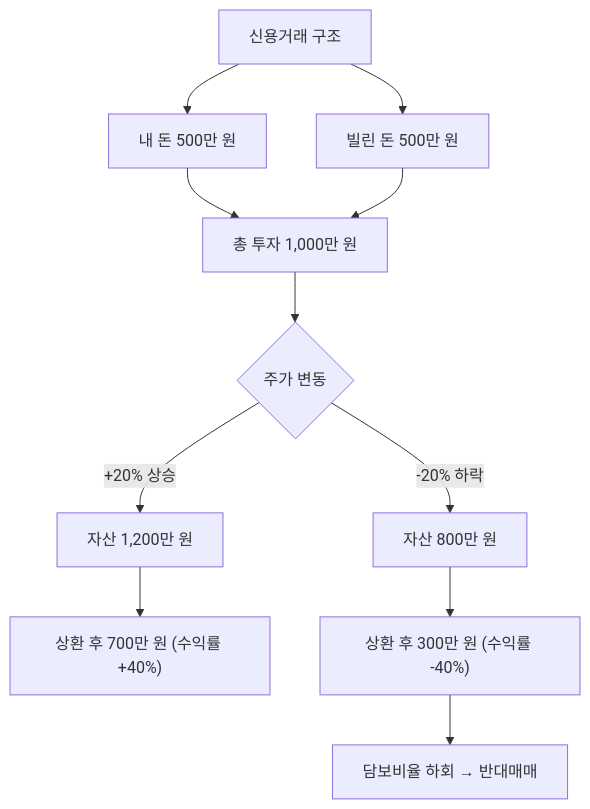
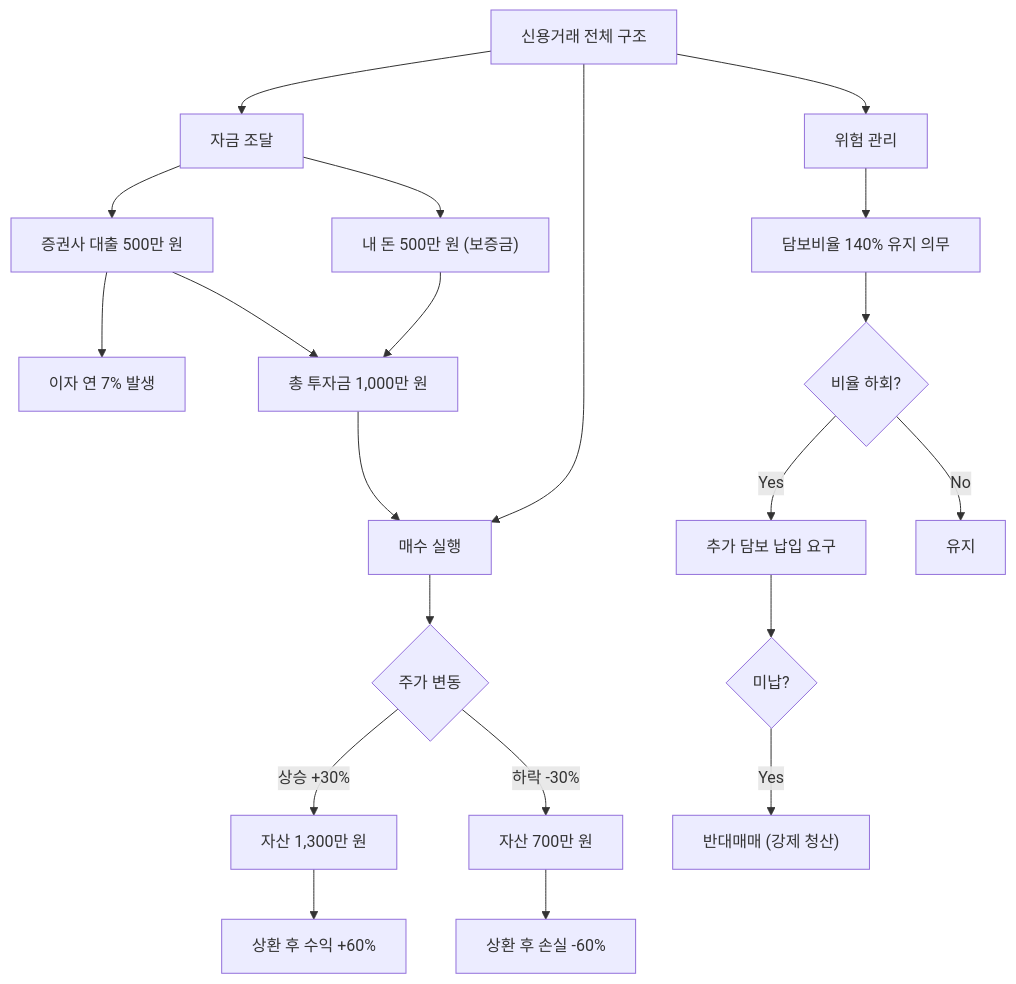
One commit to yeongseon/stock-visual-note changed the diagram in content/stock-terms/ko/level-02-market-trading/margin-trading.md. Above: the diagram before and after it, drawn with Mermaid. The commit also changed other lines of this file, not shown here.

Commit message:
content: rewrite margin-trading.md — 반대매매 시나리오 상세화, 담보비율 추적 예시, 이자 비용 구체화

````diff
--- a/content/stock-terms/ko/level-02-market-trading/margin-trading.md
+++ b/content/stock-terms/ko/level-02-market-trading/margin-trading.md
@@ -54,14 +57,23 @@
 ```mermaid
 graph TD
-    A["신용거래 구조"]
-    A --> B["내 돈 500만 원"]
-    A --> C["빌린 돈 500만 원"]
-    B --> D["총 투자 1,000만 원"]
-    C --> D
-    D --> E{"주가 변동"}
-    E -->|+20% 상승| F["자산 1,200만 원"]
-    E -->|-20% 하락| G["자산 800만 원"]
-    F --> H["상환 후 700만 원 (수익률 +40%)"]
-    G --> I["상환 후 300만 원 (수익률 -40%)"]
-    I --> J["담보비율 하회 → 반대매매"]
+    A["신용거래 전체 구조"] --> B["자금 조달"]
+    A --> C["매수 실행"]
+    A --> D["위험 관리"]
+    B --> E["내 돈 500만 원 (보증금)"]
+    B --> F["증권사 대출 500만 원"]
+    F --> G["이자 연 7% 발생"]
+    E --> H["총 투자금 1,000만 원"]
+    F --> H
+    H --> C
+    C --> I{"주가 변동"}
+    I -->|상승 +30%| J["자산 1,300만 원"]
+    I -->|하락 -30%| K["자산 700만 원"]
+    J --> L["상환 후 수익 +60%"]
+    K --> M["상환 후 손실 -60%"]
+    D --> N["담보비율 140% 유지 의무"]
+    N --> O{"비율 하회?"}
+    O -->|Yes| P["추가 담보 납입 요구"]
+    P --> Q{"미납?"}
+    Q -->|Yes| R["반대매매 (강제 청산)"]
+    O -->|No| S["유지"]
 ```
````
